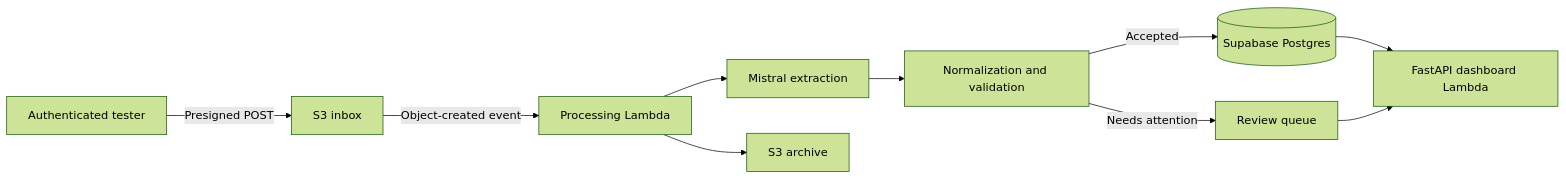
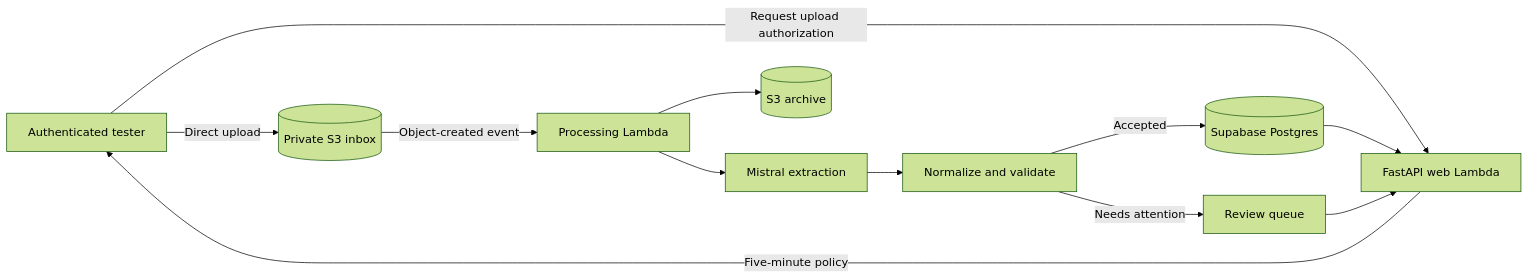
Before and after one commit to atikulmunna/visual-invoice-processor: the diagram in README.md, drawn with Mermaid (forest theme). The commit also changed other lines of this file and 1 other file, not shown here.

````diff
--- a/README.md
+++ b/README.md
@@ -9,12 +50,14 @@
 ```mermaid
 flowchart LR
-    U[Authenticated tester] -->|Presigned POST| S3[S3 inbox]
-    S3 -->|Object-created event| W[Processing Lambda]
-    W --> X[Mistral extraction]
-    X --> N[Normalization and validation]
-    N -->|Accepted| DB[(Supabase Postgres)]
-    N -->|Needs attention| Q[Review queue]
-    W --> A[S3 archive]
-    DB --> UI[FastAPI dashboard Lambda]
-    Q --> UI
+    USER[Authenticated tester] -->|Request upload authorization| WEB[FastAPI web Lambda]
+    WEB -->|Five-minute policy| USER
+    USER -->|Direct upload| INBOX[(Private S3 inbox)]
+    INBOX -->|Object-created event| WORKER[Processing Lambda]
+    WORKER --> EXTRACT[Mistral extraction]
+    EXTRACT --> NORMALIZE[Normalize and validate]
+    NORMALIZE -->|Accepted| DB[(Supabase Postgres)]
+    NORMALIZE -->|Needs attention| REVIEW[Review queue]
+    WORKER --> ARCHIVE[(S3 archive)]
+    DB --> WEB
+    REVIEW --> WEB
 ```
````
